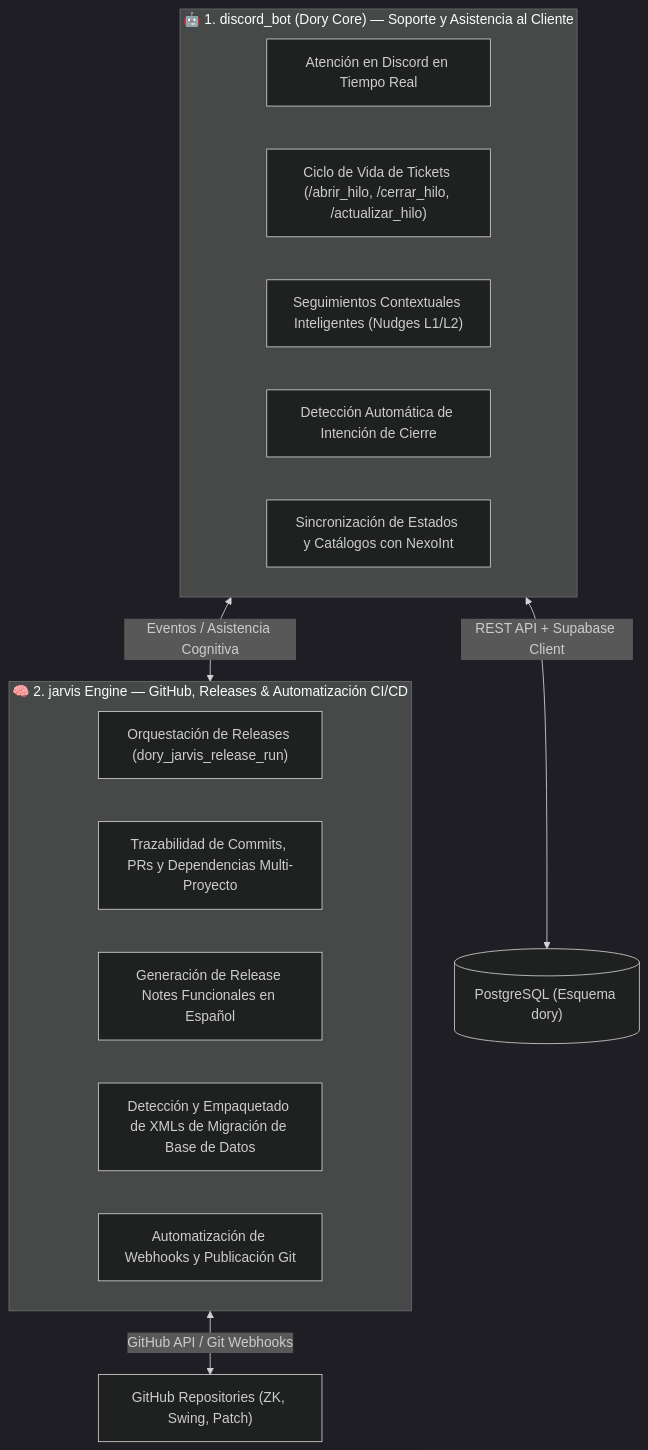
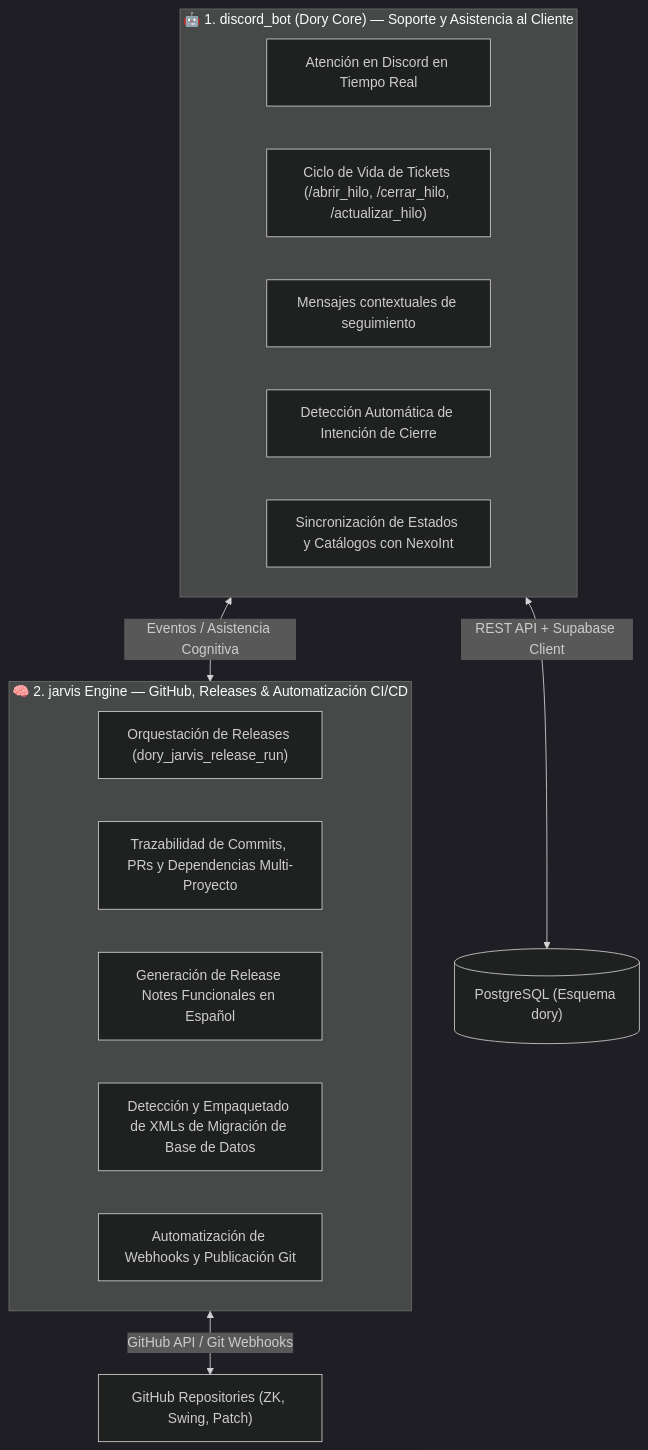
The seventh of 13 diagrams in docs/proyectos/pst-4-arquitectura.md (jesusalbujas/CONTROL-PST), drawn with Mermaid (dark theme) before and after one commit. The commit also changed other lines of this file and 9 other files, not shown here.

````diff
--- a/docs/proyectos/pst-4-arquitectura.md
+++ b/docs/proyectos/pst-4-arquitectura.md
@@ -341,22 +295,22 @@
 ```mermaid
 flowchart TD
     subgraph Dory_Subsystem ["🤖 1. discord_bot (Dory Core) — Soporte y Asistencia al Cliente"]
         D1["Atención en Discord en Tiempo Real"]
         D2["Ciclo de Vida de Tickets (/abrir_hilo, /cerrar_hilo, /actualizar_hilo)"]
-        D3["Seguimientos Contextuales Inteligentes (Nudges L1/L2)"]
+        D3["Mensajes contextuales de seguimiento"]
         D4["Detección Automática de Intención de Cierre"]
         D5["Sincronización de Estados y Catálogos con NexoInt"]
     end
 
     subgraph Jarvis_Subsystem ["🧠 2. jarvis Engine — GitHub, Releases & Automatización CI/CD"]
         J1["Orquestación de Releases (dory_jarvis_release_run)"]
         J2["Trazabilidad de Commits, PRs y Dependencias Multi-Proyecto"]
         J3["Generación de Release Notes Funcionales en Español"]
         J4["Detección y Empaquetado de XMLs de Migración de Base de Datos"]
         J5["Automatización de Webhooks y Publicación Git"]
     end
 
     Dory_Subsystem <-->|Eventos / Asistencia Cognitiva| Jarvis_Subsystem
     Dory_Subsystem <-->|REST API + Supabase Client| DB[("PostgreSQL (Esquema dory)")]
     Jarvis_Subsystem <-->|GitHub API / Git Webhooks| GH["GitHub Repositories (ZK, Swing, Patch)"]
 ```
````
